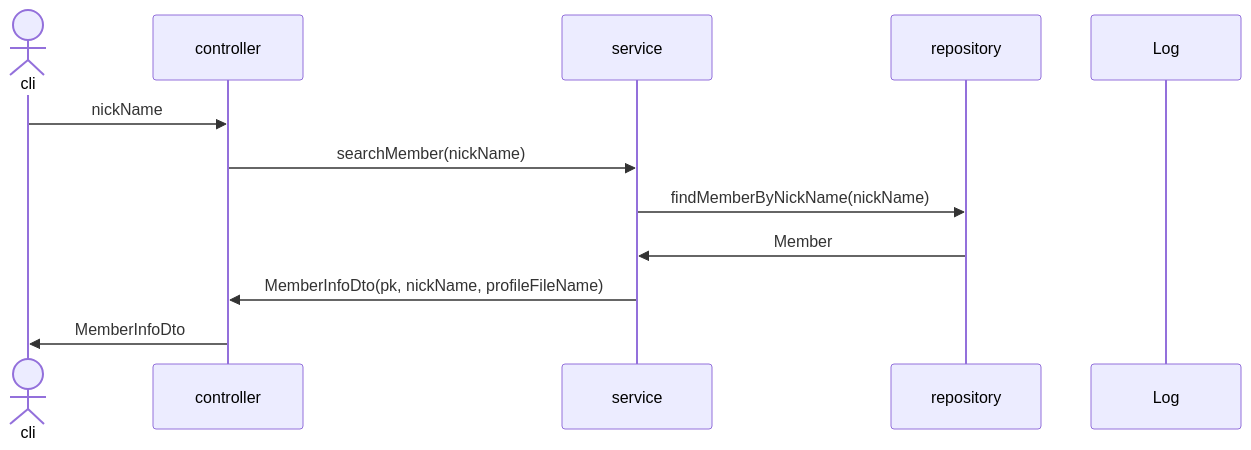
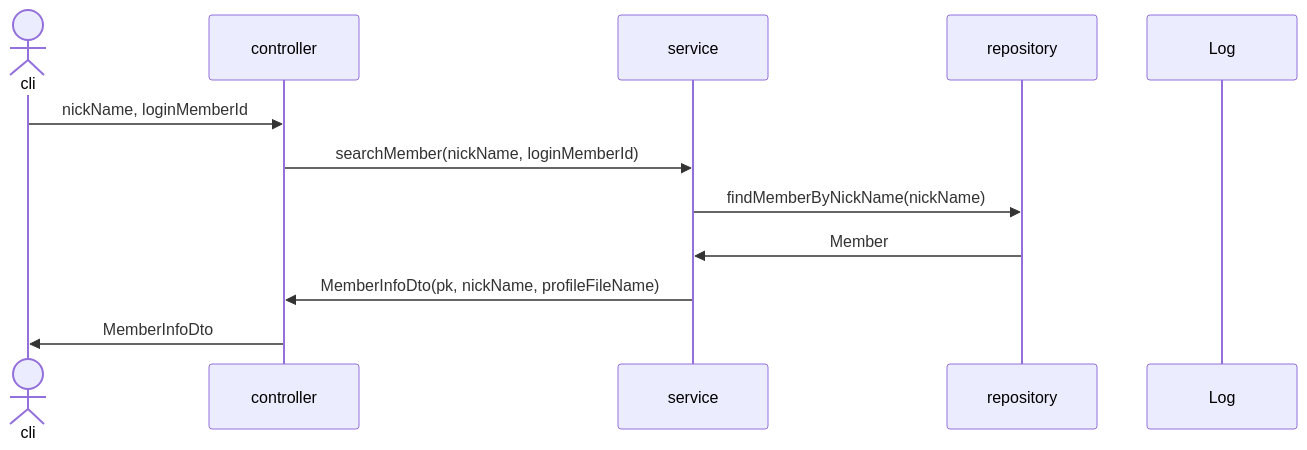
Diagram 19 of 34 in sequence.md (mtak0235/snsX), drawn with Mermaid before and after one commit. The commit also changed other lines of this file and 5 other files, not shown here.

````diff
--- a/sequence.md
+++ b/sequence.md
@@ -446,15 +440,15 @@
 ```mermaid
 sequenceDiagram
 actor cli
 participant c as controller
 participant s as service
 participant r as repository
 participant l as Log
 
-cli->>c: nickName
-c->>s: searchMember(nickName)
+cli->>c: nickName, loginMemberId
+c->>s: searchMember(nickName, loginMemberId)
 s->>r: findMemberByNickName(nickName)
 r->>s: Member
 s->>c: MemberInfoDto(pk, nickName, profileFileName)
 c->>cli: MemberInfoDto
 ```
````
